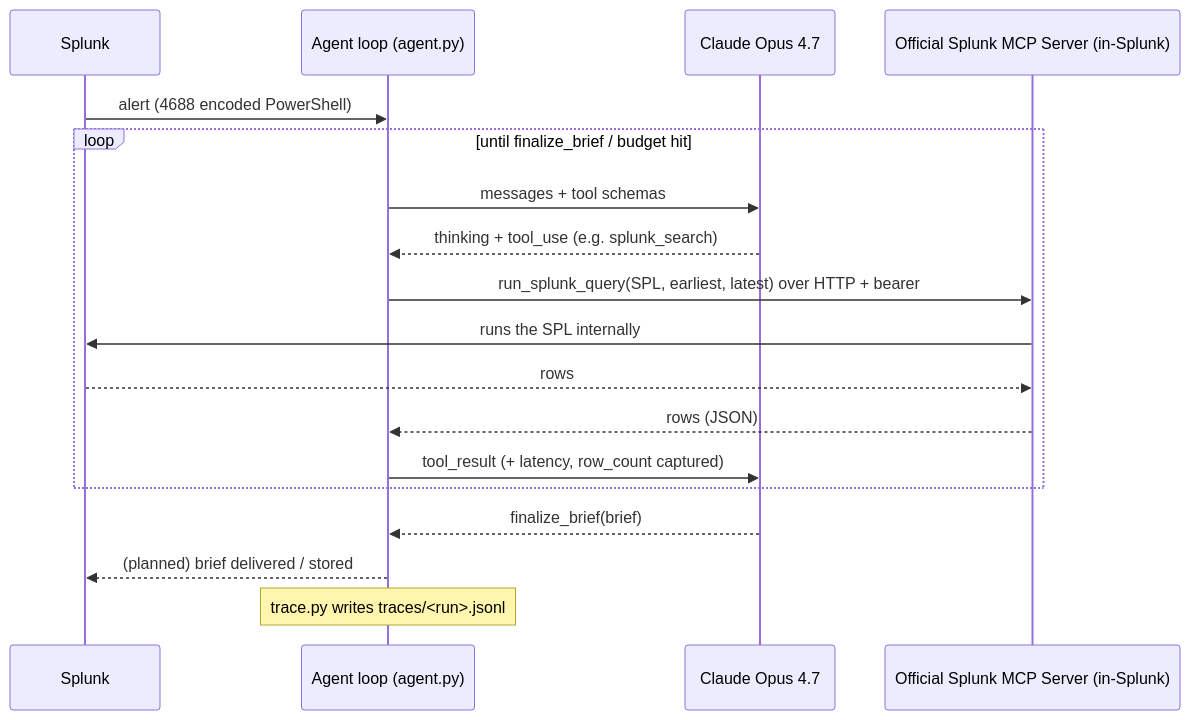
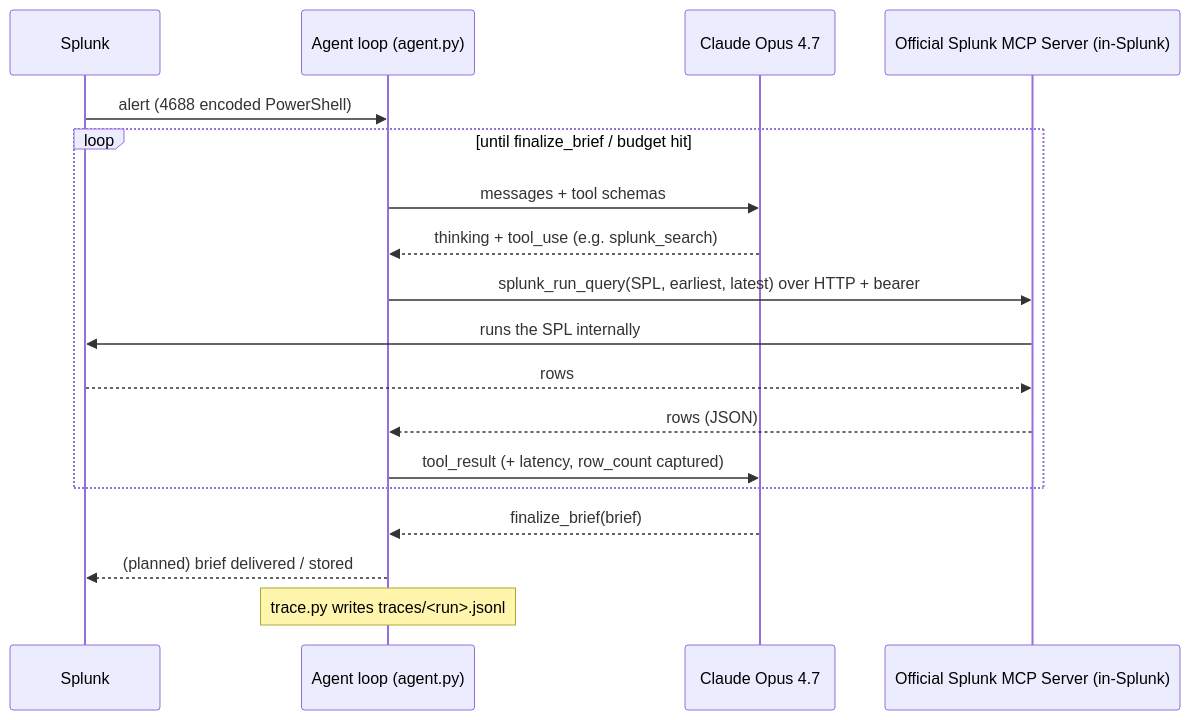
The second of 2 diagrams in architecture_diagram.md (arezzio/ops-narrator), drawn with Mermaid before and after one commit. The commit also changed other lines of this file and 6 other files, not shown here.

First line of the commit message:
Wire up + validate the official Splunk MCP Server (8/8 live tool tests pass)

````diff
--- a/architecture_diagram.md
+++ b/architecture_diagram.md
@@ -53,21 +53,21 @@
 ```mermaid
 sequenceDiagram
     participant Splunk
     participant App as Agent loop (agent.py)
     participant Claude as Claude Opus 4.7
     participant MCP as Official Splunk MCP Server (in-Splunk)
 
     Splunk->>App: alert (4688 encoded PowerShell)
     loop until finalize_brief / budget hit
         App->>Claude: messages + tool schemas
         Claude-->>App: thinking + tool_use (e.g. splunk_search)
-        App->>MCP: run_splunk_query(SPL, earliest, latest) over HTTP + bearer
+        App->>MCP: splunk_run_query(SPL, earliest, latest) over HTTP + bearer
         MCP->>Splunk: runs the SPL internally
         Splunk-->>MCP: rows
         MCP-->>App: rows (JSON)
         App->>Claude: tool_result (+ latency, row_count captured)
     end
     Claude-->>App: finalize_brief(brief)
     App-->>Splunk: (planned) brief delivered / stored
     Note over App: trace.py writes traces/<run>.jsonl
 ```
````
